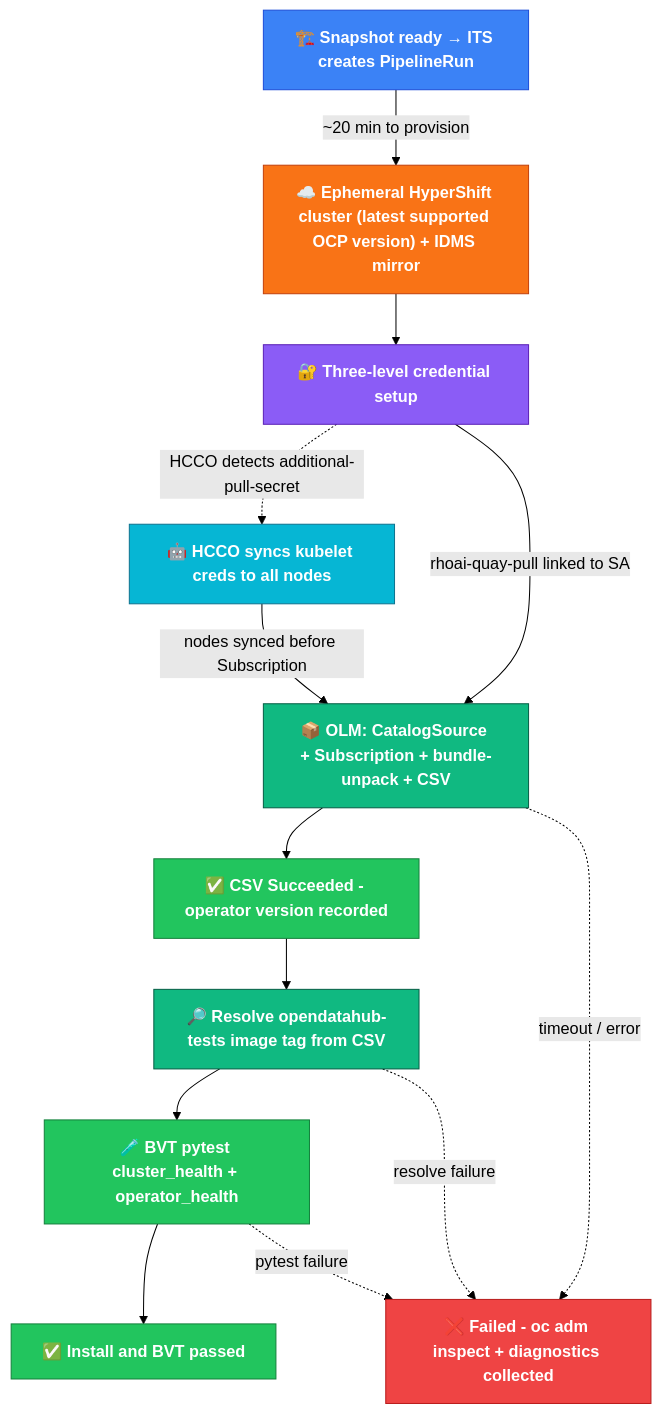
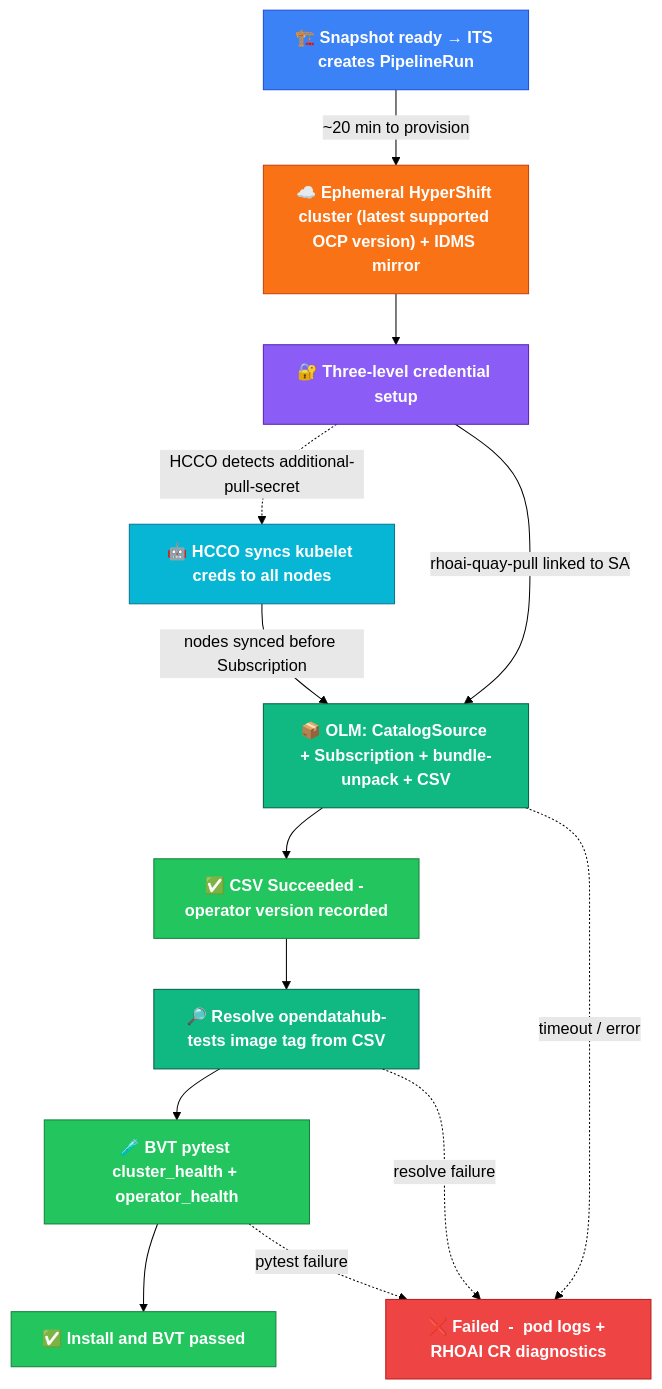
One commit to Srihari1192/odh-konflux-central changed the first of 2 diagrams in integration-tests/olminstall/README.md. Above: the diagram before and after it, drawn with Mermaid (forest theme). The commit also changed other lines of this file and 396 other files, not shown here.

````diff
--- a/integration-tests/olminstall/README.md
+++ b/integration-tests/olminstall/README.md
@@ -9,34 +37,34 @@
 ```mermaid
 flowchart TD
     classDef trigger fill:#3B82F6,stroke:#1D4ED8,color:#fff,font-weight:bold
     classDef infra   fill:#F97316,stroke:#C2410C,color:#fff,font-weight:bold
     classDef auth    fill:#8B5CF6,stroke:#5B21B6,color:#fff,font-weight:bold
     classDef hcco    fill:#06B6D4,stroke:#0E7490,color:#fff,font-weight:bold
     classDef olm     fill:#10B981,stroke:#065F46,color:#fff,font-weight:bold
     classDef pass    fill:#22C55E,stroke:#15803D,color:#fff,font-weight:bold
     classDef fail    fill:#EF4444,stroke:#B91C1C,color:#fff,font-weight:bold
 
     BUILD["🏗️ Snapshot ready → ITS creates PipelineRun"]:::trigger
     CLUSTER["☁️ Ephemeral HyperShift cluster (latest supported OCP version) + IDMS mirror"]:::infra
     AUTH["🔐 Three-level credential setup"]:::auth
     HCCO["🤖 HCCO syncs kubelet creds to all nodes"]:::hcco
     OLM["📦 OLM: CatalogSource + Subscription + bundle-unpack + CSV"]:::olm
     PASS["✅ CSV Succeeded - operator version recorded"]:::pass
     BVT_RESOLVE["🔎 Resolve opendatahub-tests image tag from CSV"]:::olm
     BVT_RUN["🧪 BVT pytest cluster_health + operator_health"]:::pass
     ALLPASS["✅ Install and BVT passed"]:::pass
-    FAIL["❌ Failed - oc adm inspect + diagnostics collected"]:::fail
+    FAIL["❌ Failed  -  pod logs + RHOAI CR diagnostics"]:::fail
 
     BUILD -->|~20 min to provision| CLUSTER
     CLUSTER --> AUTH
     AUTH -.->|HCCO detects additional-pull-secret| HCCO
     AUTH -->|rhoai-quay-pull linked to SA| OLM
     HCCO -->|nodes synced before Subscription| OLM
     OLM --> PASS
     PASS --> BVT_RESOLVE
     BVT_RESOLVE --> BVT_RUN
     BVT_RUN --> ALLPASS
     OLM -.->|timeout / error| FAIL
     BVT_RESOLVE -.->|resolve failure| FAIL
     BVT_RUN -.->|pytest failure| FAIL
 ```
````
